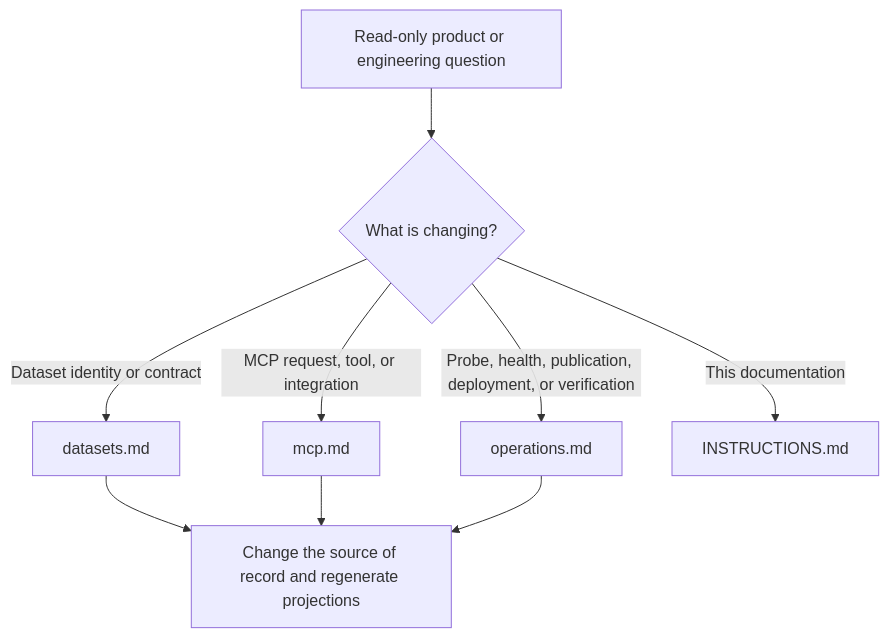
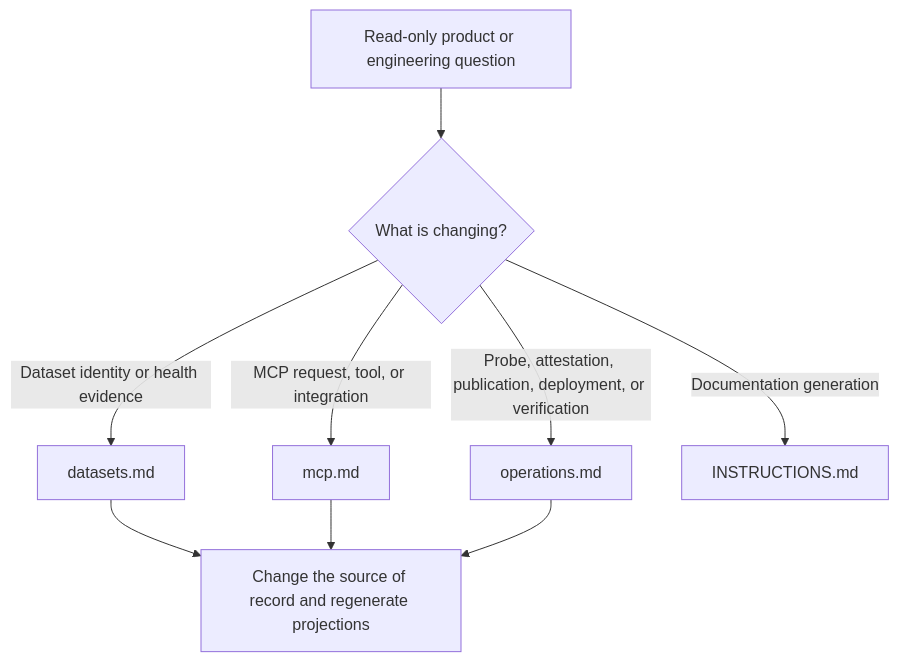
Before and after one commit to r3dz4r/datapulse-my: the diagram in openwiki/quickstart.md, drawn with Mermaid. The commit also changed other lines of this file and 4 other files, not shown here.

````diff
--- a/openwiki/quickstart.md
+++ b/openwiki/quickstart.md
@@ -60,11 +40,11 @@
 ```mermaid
 flowchart TD
     A["Read-only product or engineering question"] --> B{"What is changing?"}
-    B -->|"Dataset identity or contract"| D["datasets.md"]
+    B -->|"Dataset identity or health evidence"| D["datasets.md"]
     B -->|"MCP request, tool, or integration"| M["mcp.md"]
-    B -->|"Probe, health, publication, deployment, or verification"| O["operations.md"]
-    B -->|"This documentation"| I["INSTRUCTIONS.md"]
+    B -->|"Probe, attestation, publication, deployment, or verification"| O["operations.md"]
+    B -->|"Documentation generation"| I["INSTRUCTIONS.md"]
     D --> R["Change the source of record and regenerate projections"]
     M --> R
     O --> R
 ```
````
